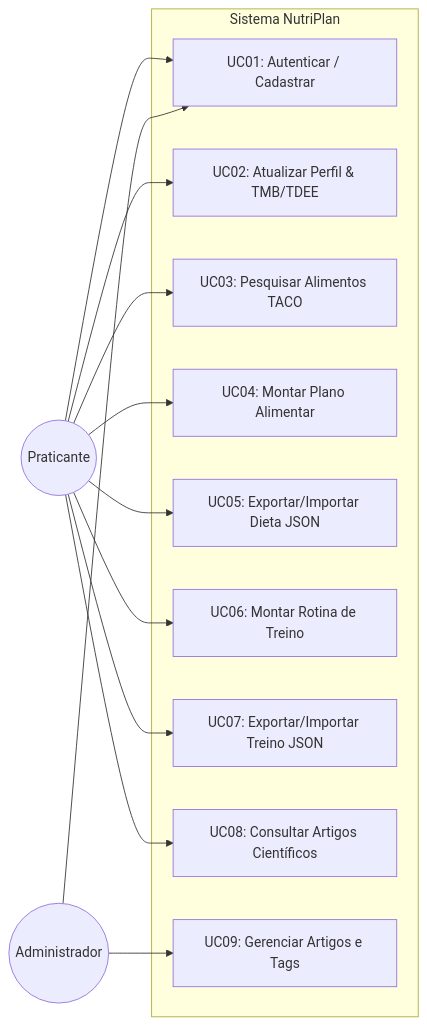
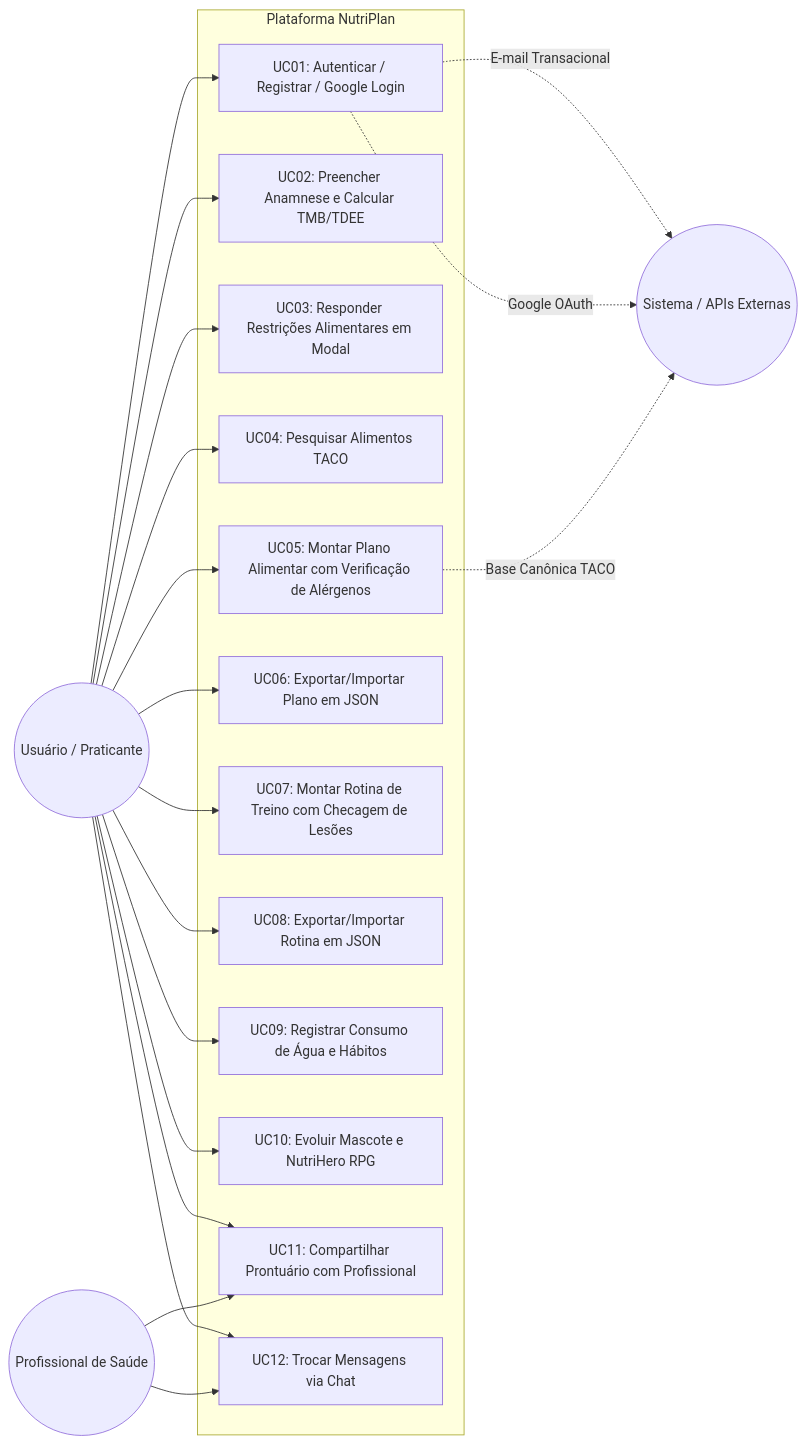
Before and after one commit to gustavoruegenberg1-hash/nutriplan: the second of 2 diagrams in docs/fase-2-engenharia-requisitos.md, drawn with Mermaid. The commit also changed other lines of this file and 11 other files, not shown here.

````diff
--- a/docs/fase-2-engenharia-requisitos.md
+++ b/docs/fase-2-engenharia-requisitos.md
@@ -73,29 +136,41 @@
 ```mermaid
 graph LR
-    actorUser((Praticante))
-    actorAdmin((Administrador))
+    actorUser((Usuário / Praticante))
+    actorPro((Profissional de Saúde))
+    actorSystem((Sistema / APIs Externas))
 
-    subgraph Sistema NutriPlan
-        UC01[UC01: Autenticar / Cadastrar]
-        UC02[UC02: Atualizar Perfil & TMB/TDEE]
-        UC03[UC03: Pesquisar Alimentos TACO]
-        UC04[UC04: Montar Plano Alimentar]
-        UC05[UC05: Exportar/Importar Dieta JSON]
-        UC06[UC06: Montar Rotina de Treino]
-        UC07[UC07: Exportar/Importar Treino JSON]
-        UC08[UC08: Consultar Artigos Científicos]
-        UC09[UC09: Gerenciar Artigos e Tags]
+    subgraph Plataforma NutriPlan
+        UC01[UC01: Autenticar / Registrar / Google Login]
+        UC02[UC02: Preencher Anamnese e Calcular TMB/TDEE]
+        UC03[UC03: Responder Restrições Alimentares em Modal]
+        UC04[UC04: Pesquisar Alimentos TACO]
+        UC05[UC05: Montar Plano Alimentar com Verificação de Alérgenos]
+        UC06[UC06: Exportar/Importar Plano em JSON]
+        UC07[UC07: Montar Rotina de Treino com Checagem de Lesões]
+        UC08[UC08: Exportar/Importar Rotina em JSON]
+        UC09[UC09: Registrar Consumo de Água e Hábitos]
+        UC10[UC10: Evoluir Mascote e NutriHero RPG]
+        UC11[UC11: Compartilhar Prontuário com Profissional]
+        UC12[UC12: Trocar Mensagens via Chat]
     end
 
     actorUser --> UC01
     actorUser --> UC02
     actorUser --> UC03
     actorUser --> UC04
     actorUser --> UC05
     actorUser --> UC06
     actorUser --> UC07
     actorUser --> UC08
+    actorUser --> UC09
+    actorUser --> UC10
+    actorUser --> UC11
+    actorUser --> UC12
 
-    actorAdmin --> UC01
-    actorAdmin --> UC09
+    actorPro --> UC11
+    actorPro --> UC12
+
+    UC01 -.->|E-mail Transacional| actorSystem
+    UC01 -.->|Google OAuth| actorSystem
+    UC05 -.->|Base Canônica TACO| actorSystem
 ```
````
